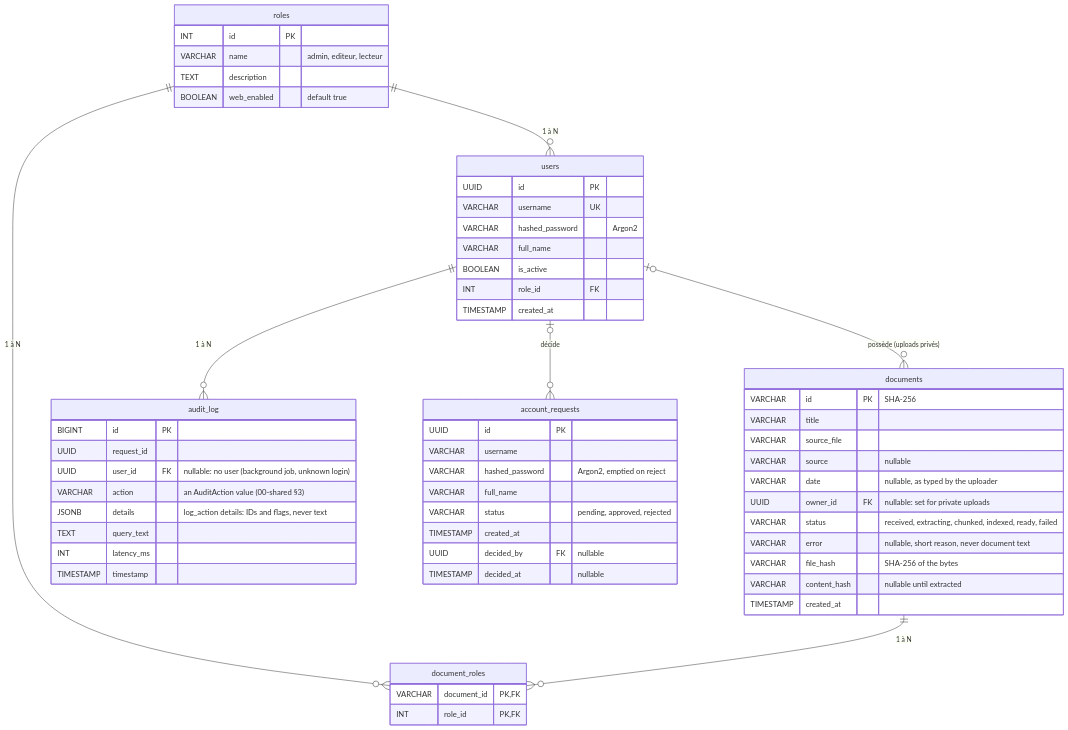
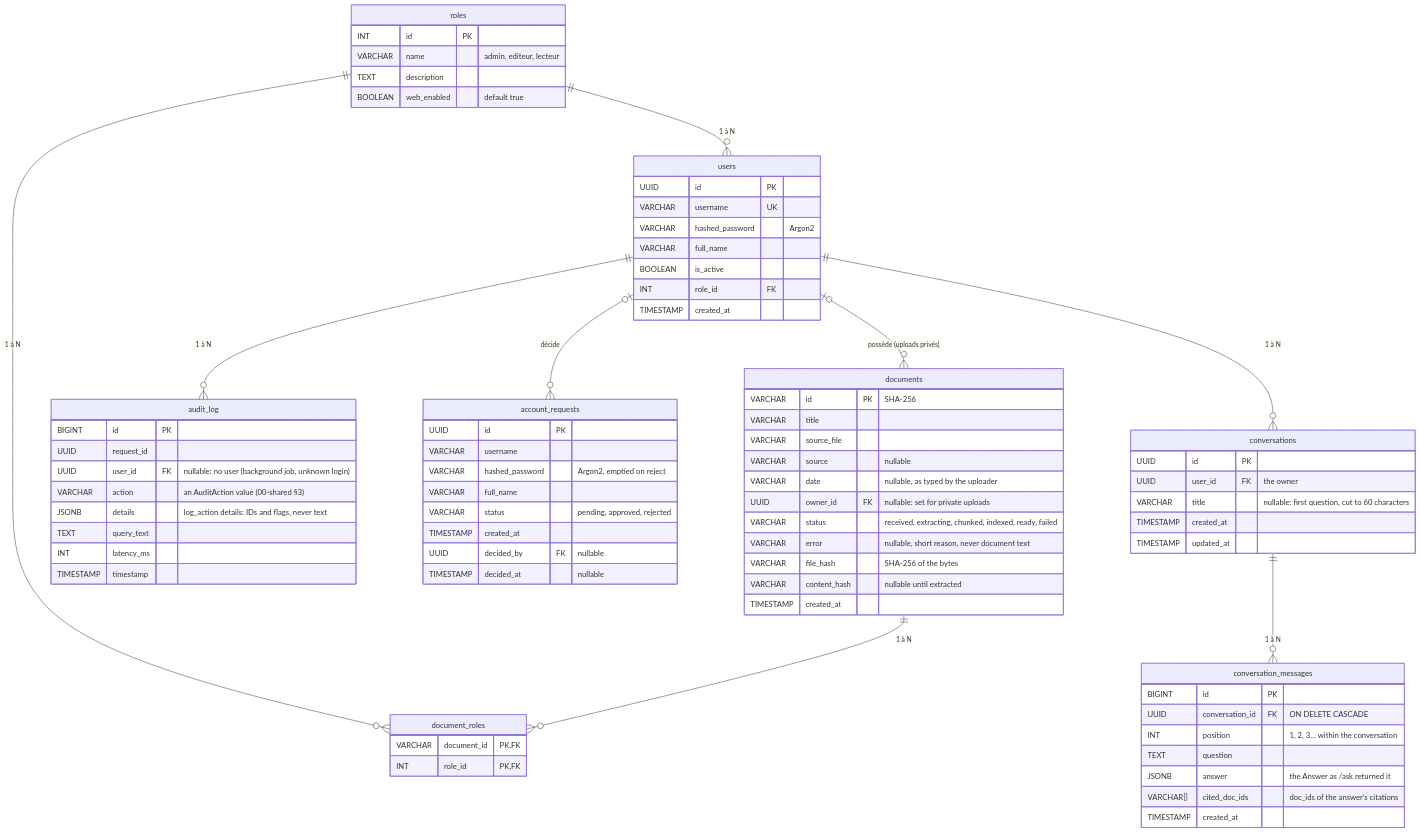
One commit to MiloudiAhmed/moroccan-regulatory-assistant changed the tenth of 10 diagrams in docs/architecture.md. Above: the diagram before and after it, drawn with Mermaid. The commit also changed other lines of this file and 7 other files, not shown here.

````diff
--- a/docs/architecture.md
+++ b/docs/architecture.md
@@ -482,62 +483,80 @@
 ```mermaid
 erDiagram
     roles ||--o{ users : "1 à N"
     roles ||--o{ document_roles : "1 à N"
     documents ||--o{ document_roles : "1 à N"
     users ||--o{ audit_log : "1 à N"
     users |o--o{ account_requests : "décide"
     users |o--o{ documents : "possède (uploads privés)"
+    users ||--o{ conversations : "1 à N"
+    conversations ||--o{ conversation_messages : "1 à N"
 
     roles {
         INT id PK
         VARCHAR name "admin, editeur, lecteur"
         TEXT description
         BOOLEAN web_enabled "default true"
     }
     users {
         UUID id PK
         VARCHAR username UK
         VARCHAR hashed_password "Argon2"
         VARCHAR full_name
         BOOLEAN is_active
         INT role_id FK
         TIMESTAMP created_at
     }
     documents {
         VARCHAR id PK "SHA-256"
         VARCHAR title
         VARCHAR source_file
         VARCHAR source "nullable"
         VARCHAR date "nullable, as typed by the uploader"
         UUID owner_id FK "nullable: set for private uploads"
         VARCHAR status "received, extracting, chunked, indexed, ready, failed"
         VARCHAR error "nullable, short reason, never document text"
         VARCHAR file_hash "SHA-256 of the bytes"
         VARCHAR content_hash "nullable until extracted"
         TIMESTAMP created_at
     }
     document_roles {
         VARCHAR document_id PK, FK
         INT role_id PK, FK
     }
     audit_log {
         BIGINT id PK
         UUID request_id
         UUID user_id FK "nullable: no user (background job, unknown login)"
         VARCHAR action "an AuditAction value (00-shared §3)"
         JSONB details "log_action details: IDs and flags, never text"
         TEXT query_text
         INT latency_ms
         TIMESTAMP timestamp
     }
     account_requests {
         UUID id PK
         VARCHAR username
         VARCHAR hashed_password "Argon2, emptied on reject"
         VARCHAR full_name
         VARCHAR status "pending, approved, rejected"
         TIMESTAMP created_at
         UUID decided_by FK "nullable"
         TIMESTAMP decided_at "nullable"
     }
+    conversations {
+        UUID id PK
+        UUID user_id FK "the owner"
+        VARCHAR title "nullable: first question, cut to 60 characters"
+        TIMESTAMP created_at
+        TIMESTAMP updated_at
+    }
+    conversation_messages {
+        BIGINT id PK
+        UUID conversation_id FK "ON DELETE CASCADE"
+        INT position "1, 2, 3… within the conversation"
+        TEXT question
+        JSONB answer "the Answer as /ask returned it"
+        VARCHAR[] cited_doc_ids "doc_ids of the answer's citations"
+        TIMESTAMP created_at
+    }
 ```
````
